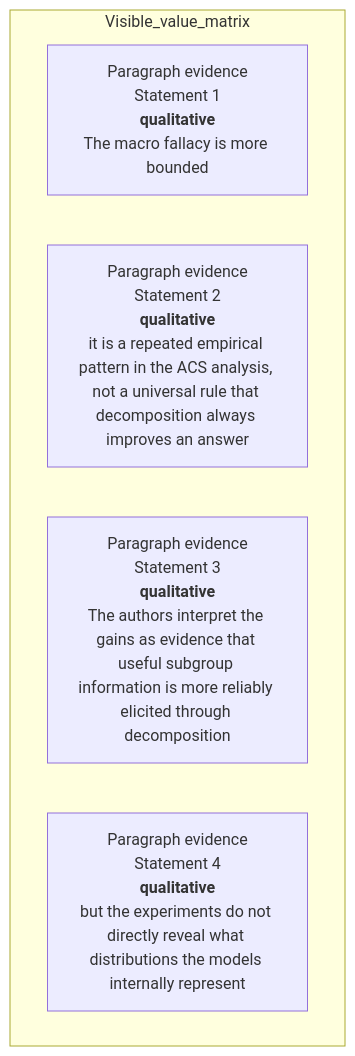
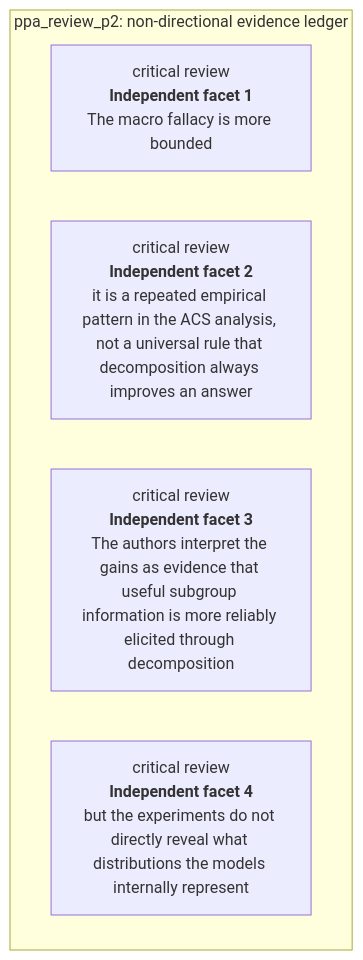
Diagram 47 of 48 in docs/visual-manifests/VISUAL_MANIFEST_PARTITION_PROMPT_AGGREGATE.md (Betancourt1/paper_atlas), drawn with Mermaid before and after one commit. The commit also changed other lines of this file and 7 other files, not shown here.

````diff
--- a/docs/visual-manifests/VISUAL_MANIFEST_PARTITION_PROMPT_AGGREGATE.md
+++ b/docs/visual-manifests/VISUAL_MANIFEST_PARTITION_PROMPT_AGGREGATE.md
@@ -3771,9 +3785,9 @@
 ```mermaid
 flowchart TB
-  subgraph Visible_value_matrix
-    r1["Paragraph evidence<br/>Statement 1<br/><b>qualitative</b><br/>The macro fallacy is more bounded"]
-    r2["Paragraph evidence<br/>Statement 2<br/><b>qualitative</b><br/>it is a repeated empirical pattern in the ACS analysis, not a universal rule that decomposition always improves an answer"]
-    r3["Paragraph evidence<br/>Statement 3<br/><b>qualitative</b><br/>The authors interpret the gains as evidence that useful subgroup information is more reliably elicited through decomposition"]
-    r4["Paragraph evidence<br/>Statement 4<br/><b>qualitative</b><br/>but the experiments do not directly reveal what distributions the models internally represent"]
+  subgraph Ledger["ppa_review_p2: non-directional evidence ledger"]
+    r1["critical review<br/><b>Independent facet 1</b><br/>The macro fallacy is more bounded"]
+    r2["critical review<br/><b>Independent facet 2</b><br/>it is a repeated empirical pattern in the ACS analysis, not a universal rule that decomposition always improves an answer"]
+    r3["critical review<br/><b>Independent facet 3</b><br/>The authors interpret the gains as evidence that useful subgroup information is more reliably elicited through decomposition"]
+    r4["critical review<br/><b>Independent facet 4</b><br/>but the experiments do not directly reveal what distributions the models internally represent"]
   end
 ```
````
